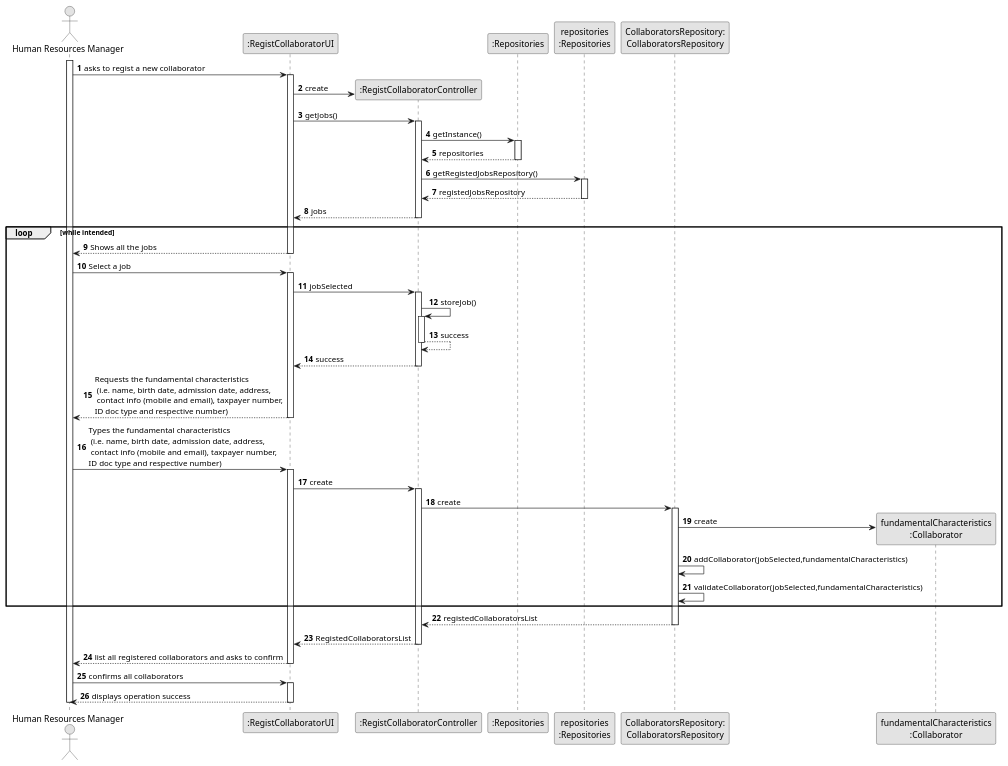
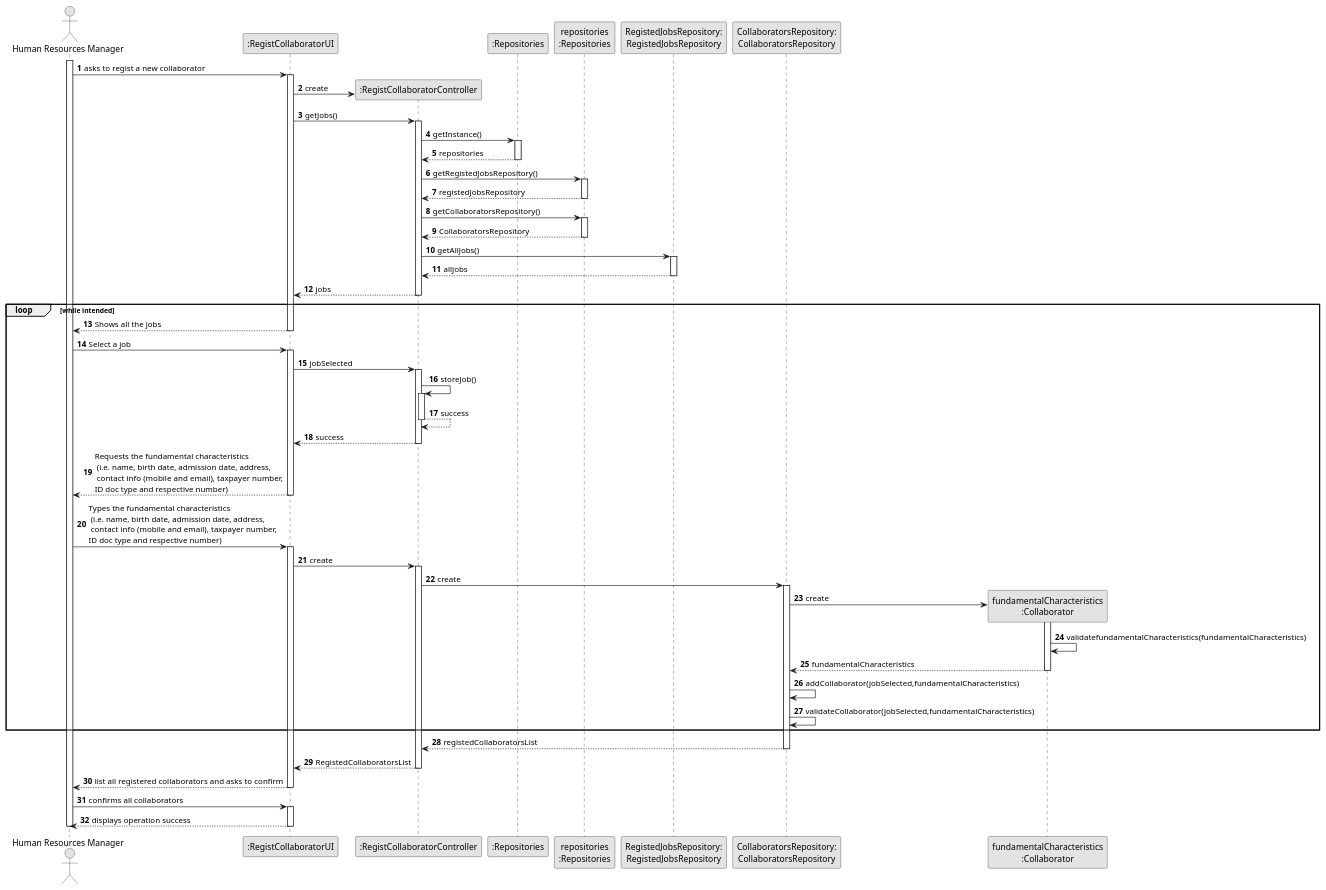
Before and after one commit to 1231360-ISEP/lei-24-s2-1db-g021: the diagram in docs/sprint2/us003/03.design/puml/us003-sequence-diagram-full.puml, drawn with PlantUML. The commit also changed 1 other file, not shown here.

```diff
--- a/docs/sprint2/us003/03.design/puml/us003-sequence-diagram-full.puml
+++ b/docs/sprint2/us003/03.design/puml/us003-sequence-diagram-full.puml
@@ -1,96 +1,114 @@
 @startuml
 skinparam monochrome true
 skinparam packageStyle rectangle
 skinparam shadowing false
 
 autonumber
 
 'hide footbox
 actor "Human Resources Manager" as ADM
 participant ":RegistCollaboratorUI" as UI
 participant ":RegistCollaboratorController" as CTRL
 participant ":Repositories" as RepositorySingleton
 participant "repositories\n:Repositories" as PLAT
+participant "RegistedJobsRepository:\nRegistedJobsRepository" as RegistedJobsRepository
 participant "CollaboratorsRepository:\nCollaboratorsRepository" as CollaboratorsRepository
 participant "fundamentalCharacteristics\n:Collaborator" as Data
 
 activate ADM
 
         ADM -> UI : asks to regist a new collaborator
 
         activate UI
 
 '            UI --> ADM : requests data (reference, description,  informal \n description, technical description, duration, cost)
             'create CTRL
             UI -> CTRL** : create
 
             UI -> CTRL : getJobs()
             activate CTRL
 
                 CTRL -> RepositorySingleton : getInstance()
                 activate RepositorySingleton
 
                     RepositorySingleton --> CTRL: repositories
                 deactivate RepositorySingleton
 
                 CTRL -> PLAT : getRegistedJobsRepository()
                 activate PLAT
 
                     PLAT --> CTRL: registedJobsRepository
                 deactivate PLAT
+
+                CTRL -> PLAT : getCollaboratorsRepository()
+                activate PLAT
+
+                PLAT --> CTRL: CollaboratorsRepository
+                deactivate PLAT
+
+                CTRL -> RegistedJobsRepository : getAllJobs()
+                activate RegistedJobsRepository
+                    RegistedJobsRepository --> CTRL : allJobs
+                deactivate RegistedJobsRepository
 
                 CTRL --> UI : jobs
             deactivate CTRL
         loop while intended
             UI --> ADM : Shows all the jobs
         deactivate UI
 
     ADM -> UI : Select a job
     activate UI
 
             UI -> CTRL : jobSelected
                 activate CTRL
                 CTRL -> CTRL : storeJob()
 
                 activate CTRL
                     CTRL --> CTRL : success
                 deactivate CTRL
 
                 CTRL --> UI : success
             deactivate CTRL
 
             UI --> ADM : Requests the fundamental characteristics\n (i.e. name, birth date, admission date, address,\n contact info (mobile and email), taxpayer number,\nID doc type and respective number)
         deactivate UI
 
     ADM -> UI : Types the fundamental characteristics\n (i.e. name, birth date, admission date, address,\n contact info (mobile and email), taxpayer number,\nID doc type and respective number)
     activate UI
         UI -> CTRL: create
 
         activate CTRL
             CTRL -> CollaboratorsRepository : create
 
             activate CollaboratorsRepository
-                CollaboratorsRepository -> Data**: create
+            CollaboratorsRepository -> Data**: create
+        activate Data
+
+        Data -> Data: validatefundamentalCharacteristics(fundamentalCharacteristics)
+
+        Data --> CollaboratorsRepository : fundamentalCharacteristics
+                    deactivate Data
                 CollaboratorsRepository -> CollaboratorsRepository: addCollaborator(jobSelected,fundamentalCharacteristics)
                 CollaboratorsRepository -> CollaboratorsRepository: validateCollaborator(jobSelected,fundamentalCharacteristics)
         end
                 CollaboratorsRepository --> CTRL : registedCollaboratorsList
             deactivate CollaboratorsRepository
 
             CTRL --> UI : RegistedCollaboratorsList
 
         deactivate CTRL
 
         UI --> ADM : list all registered collaborators and asks to confirm
 
     deactivate UI
 
     ADM -> UI : confirms all collaborators
 
     activate UI
     UI --> ADM : displays operation success
     deactivate UI
 
 deactivate ADM
 
 @enduml
```
